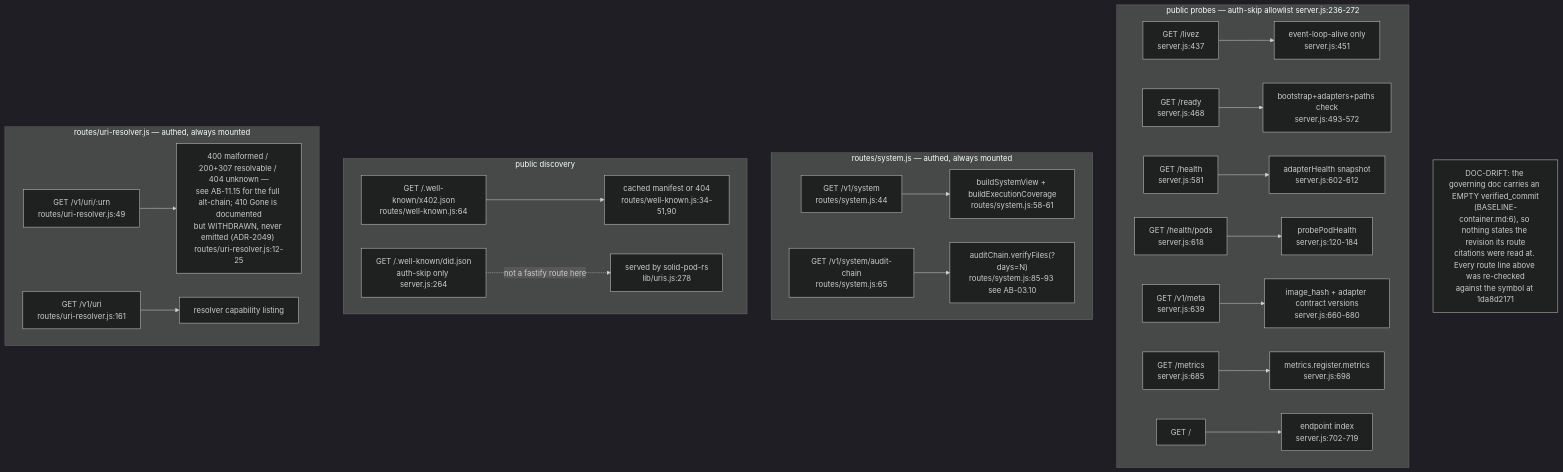
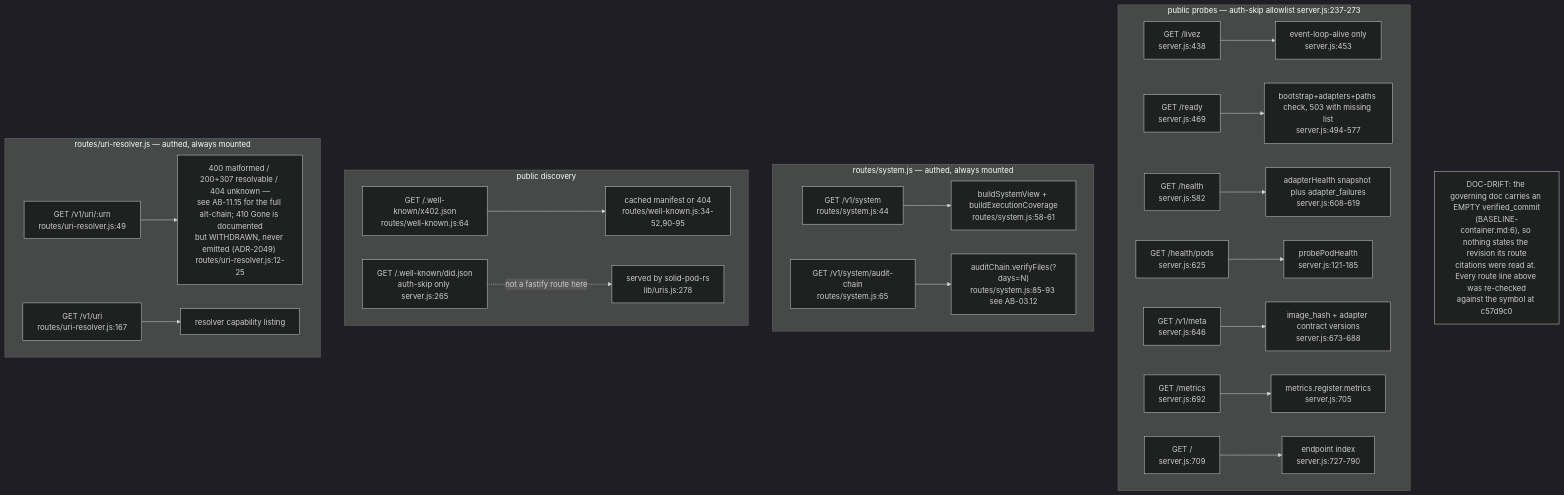
One commit to DreamLab-AI/VisionFlow changed the sixth of 17 diagrams in docs/diagrams/agentbox/03-management-api-request-lifecycle.md. Above: the diagram before and after it, drawn with Mermaid (dark theme). The commit also changed other lines of this file and 173 other files, not shown here.

````diff
--- a/docs/diagrams/agentbox/03-management-api-request-lifecycle.md
+++ b/docs/diagrams/agentbox/03-management-api-request-lifecycle.md
@@ -274,25 +291,25 @@
 ```mermaid
 flowchart TD
-    subgraph probes["public probes — auth-skip allowlist server.js:236-272"]
-        A1["GET /livez<br/>server.js:437"] --> H1["event-loop-alive only<br/>server.js:451"]
-        A2["GET /ready<br/>server.js:468"] --> H2["bootstrap+adapters+paths check<br/>server.js:493-572"]
-        A3["GET /health<br/>server.js:581"] --> H3["adapterHealth snapshot<br/>server.js:602-612"]
-        A4["GET /health/pods<br/>server.js:618"] --> H4["probePodHealth<br/>server.js:120-184"]
-        A5["GET /v1/meta<br/>server.js:639"] --> H5["image_hash + adapter contract versions<br/>server.js:660-680"]
-        A6["GET /metrics<br/>server.js:685"] --> H6["metrics.register.metrics<br/>server.js:698"]
-        A7["GET /"] --> H7["endpoint index<br/>server.js:702-719"]
+    subgraph probes["public probes — auth-skip allowlist server.js:237-273"]
+        A1["GET /livez<br/>server.js:438"] --> H1["event-loop-alive only<br/>server.js:453"]
+        A2["GET /ready<br/>server.js:469"] --> H2["bootstrap+adapters+paths check, 503 with missing list<br/>server.js:494-577"]
+        A3["GET /health<br/>server.js:582"] --> H3["adapterHealth snapshot plus adapter_failures<br/>server.js:608-619"]
+        A4["GET /health/pods<br/>server.js:625"] --> H4["probePodHealth<br/>server.js:121-185"]
+        A5["GET /v1/meta<br/>server.js:646"] --> H5["image_hash + adapter contract versions<br/>server.js:673-688"]
+        A6["GET /metrics<br/>server.js:692"] --> H6["metrics.register.metrics<br/>server.js:705"]
+        A7["GET /<br/>server.js:709"] --> H7["endpoint index<br/>server.js:727-790"]
     end
     subgraph sysroutes["routes/system.js — authed, always mounted"]
         B1["GET /v1/system<br/>routes/system.js:44"] --> HB1["buildSystemView + buildExecutionCoverage<br/>routes/system.js:58-61"]
-        B2["GET /v1/system/audit-chain<br/>routes/system.js:65"] --> HB2["auditChain.verifyFiles(?days=N)<br/>routes/system.js:85-93 see AB-03.10"]
+        B2["GET /v1/system/audit-chain<br/>routes/system.js:65"] --> HB2["auditChain.verifyFiles(?days=N)<br/>routes/system.js:85-93 see AB-03.12"]
     end
     subgraph wellknown["public discovery"]
-        C1["GET /.well-known/x402.json<br/>routes/well-known.js:64"] --> HC1["cached manifest or 404<br/>routes/well-known.js:34-51,90"]
-        C2["GET /.well-known/did.json<br/>auth-skip only server.js:264"] -.->|"not a fastify route here"| HC2["served by solid-pod-rs<br/>lib/uris.js:278"]
+        C1["GET /.well-known/x402.json<br/>routes/well-known.js:64"] --> HC1["cached manifest or 404<br/>routes/well-known.js:34-52,90-95"]
+        C2["GET /.well-known/did.json<br/>auth-skip only server.js:265"] -.->|"not a fastify route here"| HC2["served by solid-pod-rs<br/>lib/uris.js:278"]
     end
     subgraph uri["routes/uri-resolver.js — authed, always mounted"]
         D1["GET /v1/uri/:urn<br/>routes/uri-resolver.js:49"] --> HD1["400 malformed / 200+307 resolvable / 404 unknown —<br/>see AB-11.15 for the full alt-chain; 410 Gone is documented<br/>but WITHDRAWN, never emitted (ADR-2049) routes/uri-resolver.js:12-25"]
-        D2["GET /v1/uri<br/>routes/uri-resolver.js:161"] --> HD2["resolver capability listing"]
+        D2["GET /v1/uri<br/>routes/uri-resolver.js:167"] --> HD2["resolver capability listing"]
     end
-    Note1["DOC-DRIFT: the governing doc carries an EMPTY verified_commit<br/>(BASELINE-container.md:6), so nothing states the revision its route<br/>citations were read at. Every route line above was re-checked<br/>against the symbol at 1da8d2171"]
+    Note1["DOC-DRIFT: the governing doc carries an EMPTY verified_commit<br/>(BASELINE-container.md:6), so nothing states the revision its route<br/>citations were read at. Every route line above was re-checked<br/>against the symbol at c57d9c0"]
 ```
````
